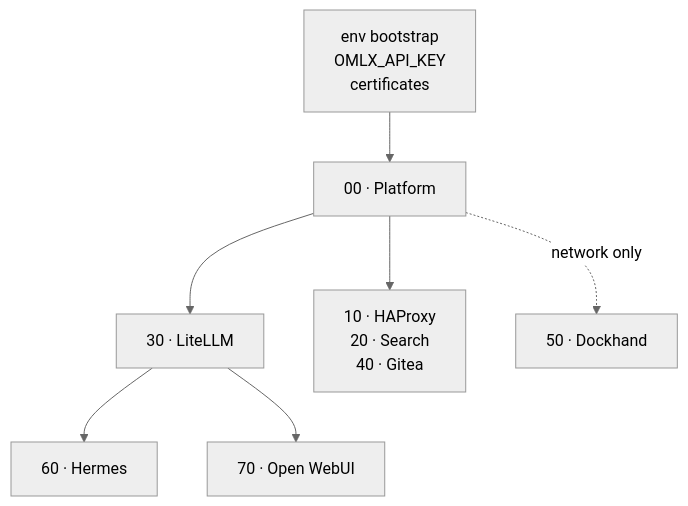
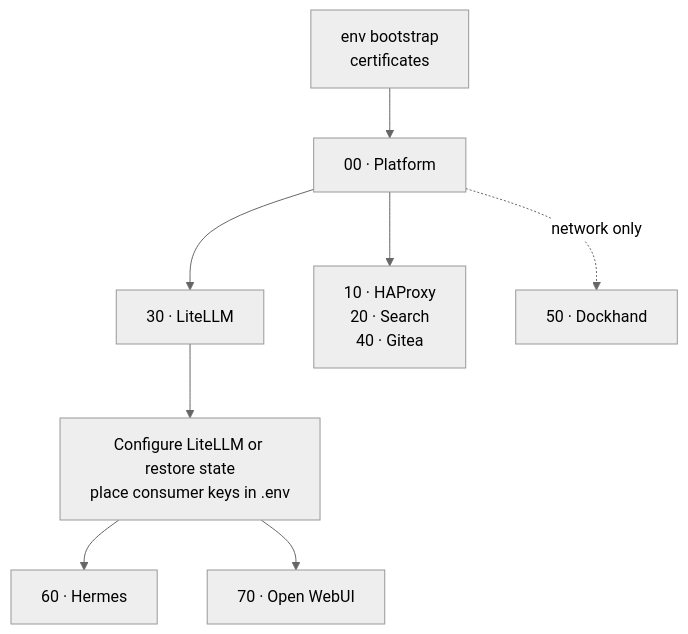
Before and after one commit to ea1het/local_hybrid_ai: the second of 2 diagrams in docs/operations.md, drawn with Mermaid (neutral theme). The commit also changed other lines of this file and 31 other files, not shown here.

````diff
--- a/docs/operations.md
+++ b/docs/operations.md
@@ -35,8 +35,9 @@
 ```mermaid
 flowchart TB
-    env["env bootstrap<br/>OMLX_API_KEY<br/>certificates"] --> s00["00 · Platform"]
+    env["env bootstrap<br/>certificates"] --> s00["00 · Platform"]
     s00 --> s30["30 · LiteLLM"]
     s00 --> rest["10 · HAProxy<br/>20 · Search<br/>40 · Gitea"]
     s00 -.->|network only| s50["50 · Dockhand"]
-    s30 --> s60["60 · Hermes"] & s70["70 · Open WebUI"]
+    s30 --> config["Configure LiteLLM or restore state<br/>place consumer keys in .env"]
+    config --> s60["60 · Hermes"] & s70["70 · Open WebUI"]
 ```
````
